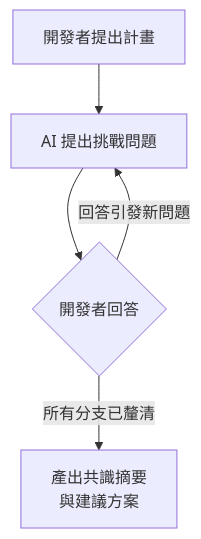
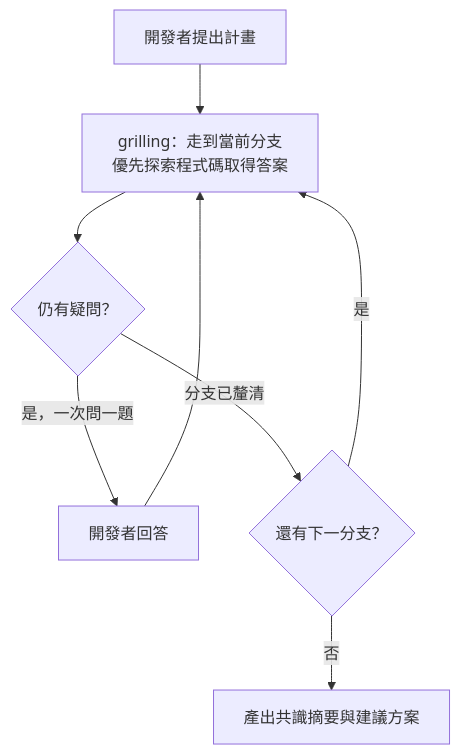
The fifth of 15 diagrams in content/posts/教學/AI開發/mattpocock skills 教學手冊.md (chihhung/Blog), drawn with Mermaid before and after one commit. The commit also changed other lines of this file and 3 other files, not shown here.

````diff
--- a/content/posts/教學/AI開發/mattpocock skills 教學手冊.md
+++ b/content/posts/教學/AI開發/mattpocock skills 教學手冊.md
@@ -838,7 +868,10 @@
 ```mermaid
 flowchart TD
-    A["開發者提出計畫"] --> B["AI 提出挑戰問題"]
-    B --> C{"開發者回答"}
-    C -->|"回答引發新問題"| B
-    C -->|"所有分支已釐清"| D["產出共識摘要<br/>與建議方案"]
+    A["開發者提出計畫"] --> B["grilling：走到當前分支<br/>優先探索程式碼取得答案"]
+    B --> C{"仍有疑問？"}
+    C -->|"是，一次問一題"| D["開發者回答"]
+    D --> B
+    C -->|"分支已釐清"| E{"還有下一分支？"}
+    E -->|"是"| B
+    E -->|"否"| F["產出共識摘要與建議方案"]
 ```
````
